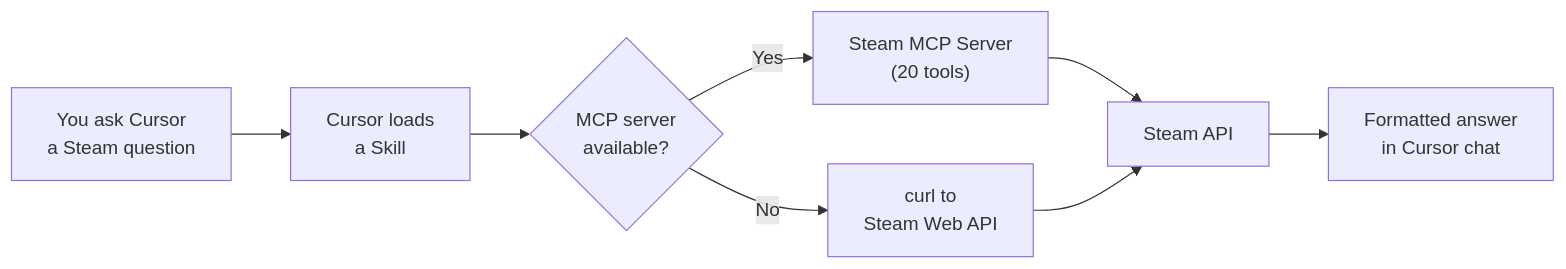
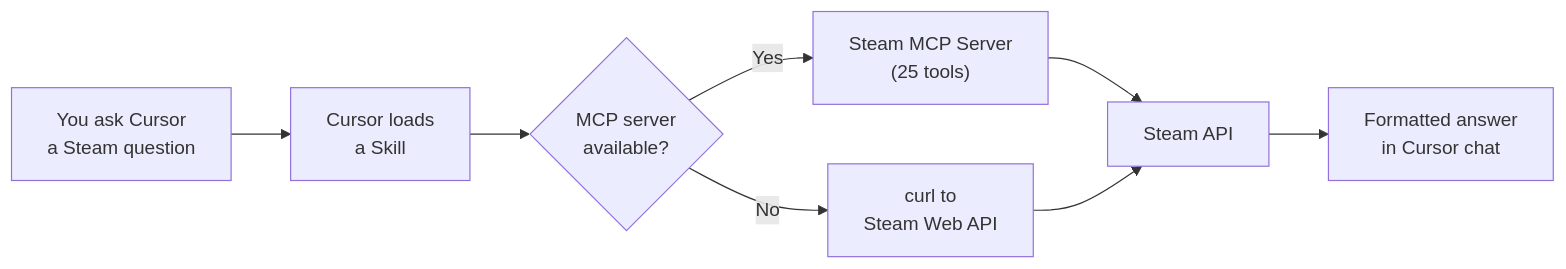
Before and after one commit to TMHSDigital/Steam-Cursor-Plugin: the diagram in README.md, drawn with Mermaid. The commit also changed other lines of this file and 11 other files, not shown here.

First line of the commit message:
feat: add 5 new MCP tools from steam-mcp v0.6.0 (25 total)

````diff
--- a/README.md
+++ b/README.md
@@ -53,10 +53,10 @@
 ```mermaid
 flowchart LR
     A["You ask Cursor\na Steam question"] --> B["Cursor loads\na Skill"]
     B --> C{"MCP server\navailable?"}
-    C -- Yes --> D["Steam MCP Server\n(20 tools)"]
+    C -- Yes --> D["Steam MCP Server\n(25 tools)"]
     C -- No --> E["curl to\nSteam Web API"]
     D --> F["Steam API"]
     E --> F
     F --> G["Formatted answer\nin Cursor chat"]
 ```
````
